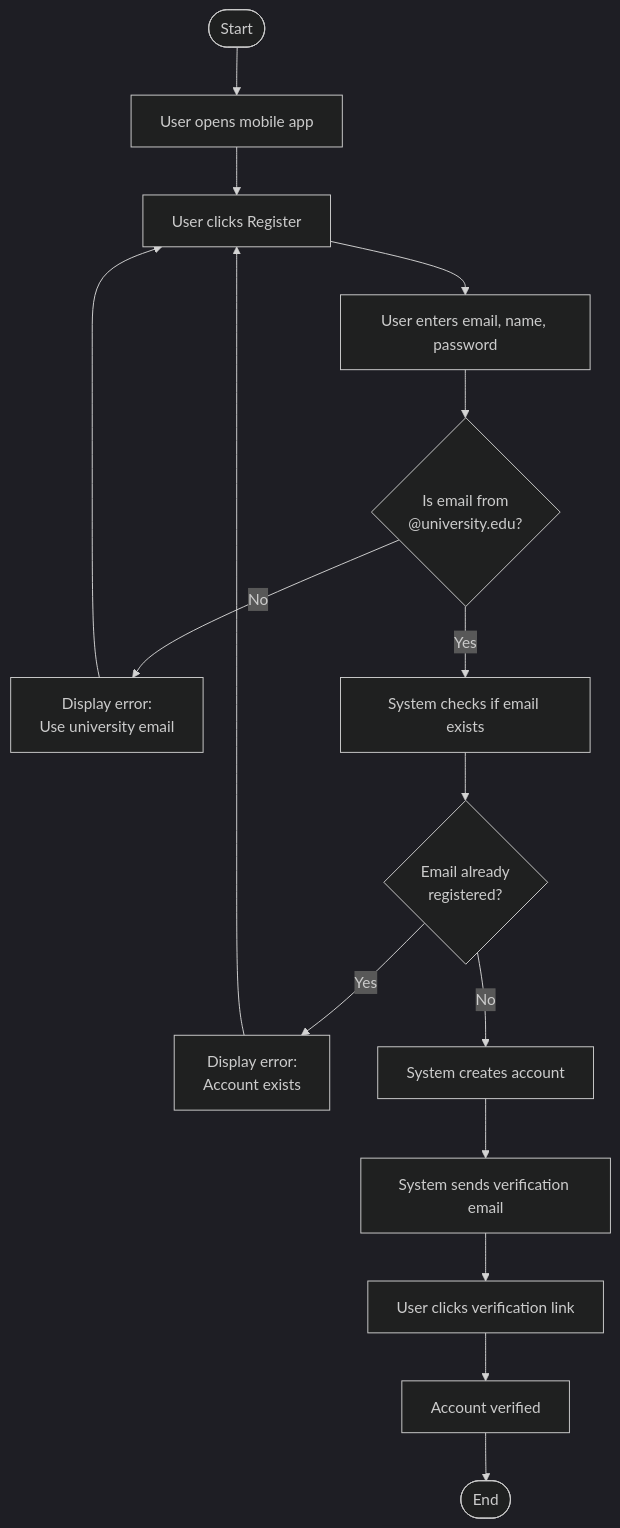
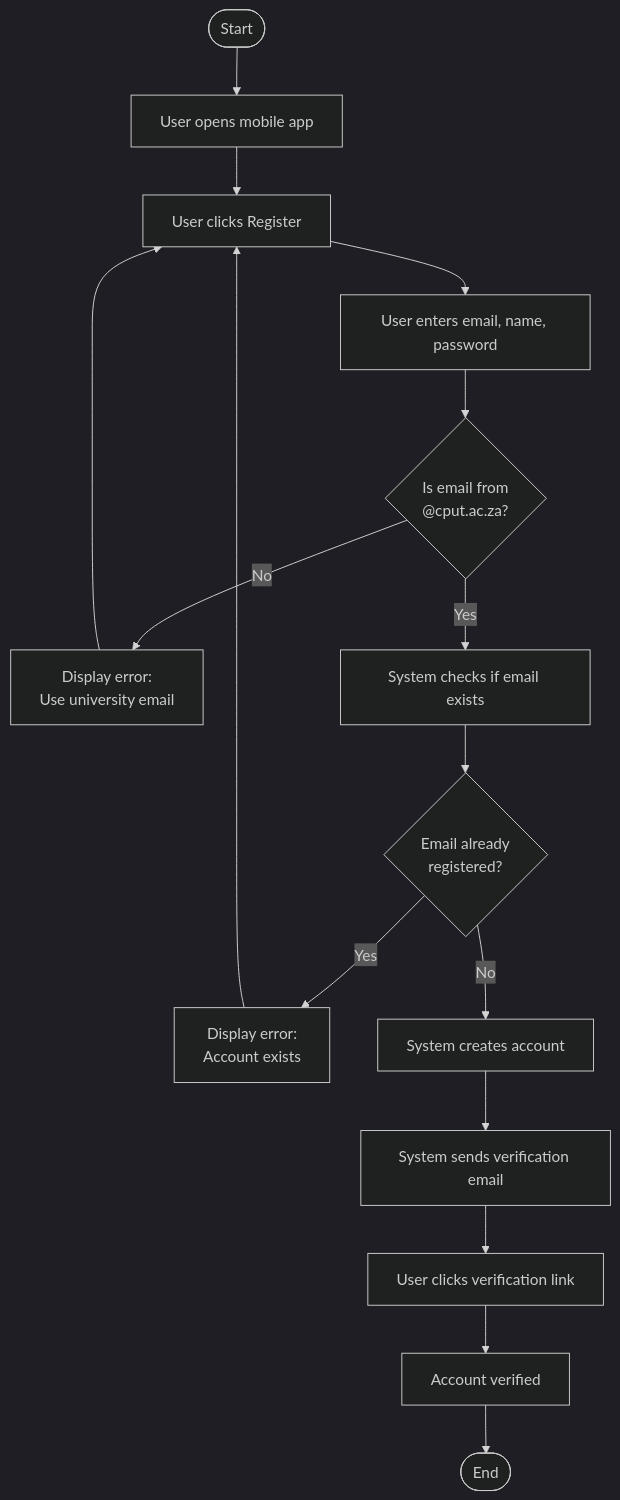
Before and after one commit to Thandeka-debug/SmartBin-Campus-Rewards: the first of 8 diagrams in activity-diagrams.md, drawn with Mermaid (dark theme).

````diff
--- a/activity-diagrams.md
+++ b/activity-diagrams.md
@@ -5,18 +5,18 @@
 ```mermaid
 flowchart TD
     start([Start]) --> A[User opens mobile app]
     A --> B[User clicks Register]
     B --> C[User enters email, name, password]
-    C --> D{Is email from\n@university.edu?}
+    C --> D{Is email from\n@cput.ac.za?}
     D -->|No| E[Display error:\nUse university email]
     E --> B
     D -->|Yes| F[System checks if email exists]
     F --> G{Email already\nregistered?}
     G -->|Yes| H[Display error:\nAccount exists]
     H --> B
     G -->|No| I[System creates account]
     I --> J[System sends verification email]
     J --> K[User clicks verification link]
     K --> L[Account verified]
     L --> stop([End])
 ```
````
